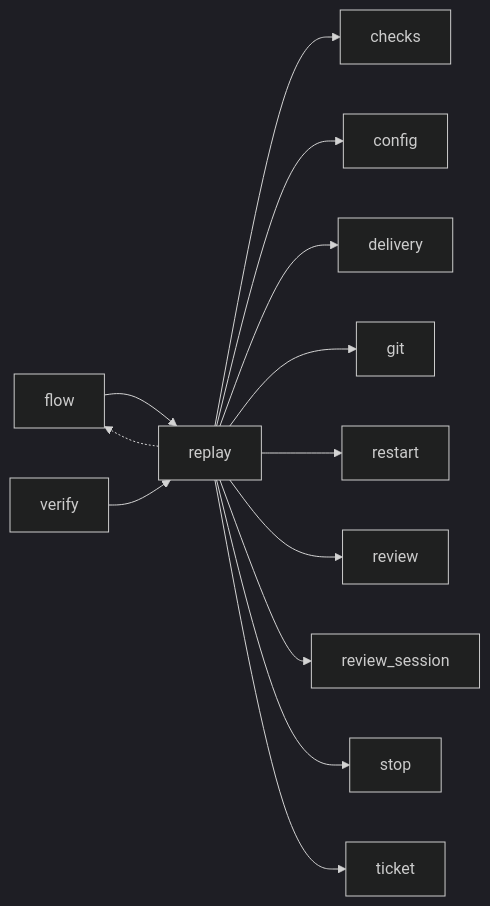
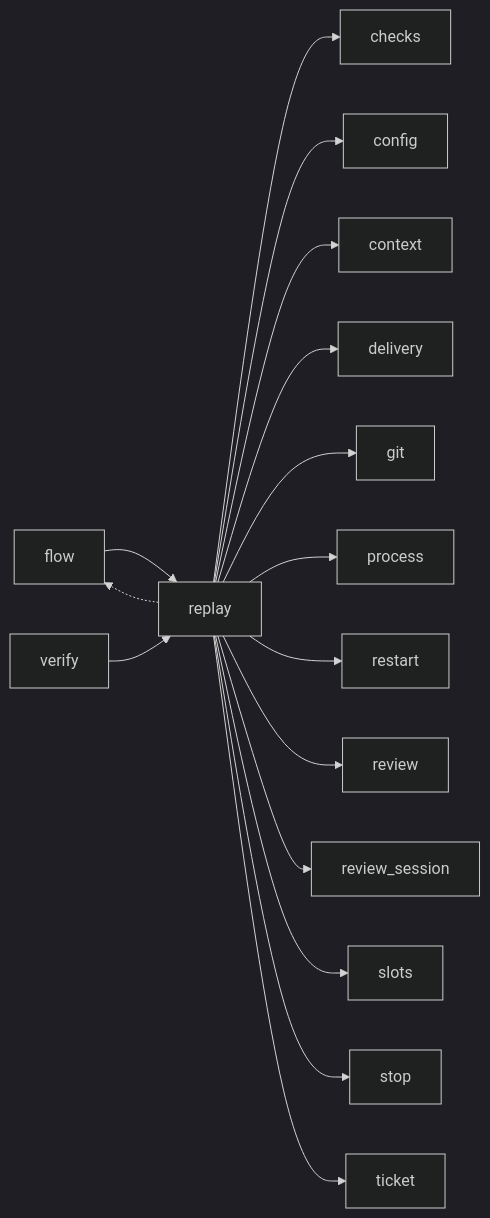
One commit to plaplanche/ariane changed the third of 3 diagrams in docs/architecture/modules/replay.md. Above: the diagram before and after it, drawn with Mermaid (dark theme). The commit also changed other lines of this file and 26 other files, not shown here.

````diff
--- a/docs/architecture/modules/replay.md
+++ b/docs/architecture/modules/replay.md
@@ -69,15 +73,18 @@
 ```mermaid
 flowchart LR
   flow --> replay
   replay --> checks
   replay --> config
+  replay --> context
   replay --> delivery
   replay -.-> flow
   replay --> git
+  replay --> process
   replay --> restart
   replay --> review
   replay --> review_session
+  replay --> slots
   replay --> stop
   replay --> ticket
   verify --> replay
 ```
````
